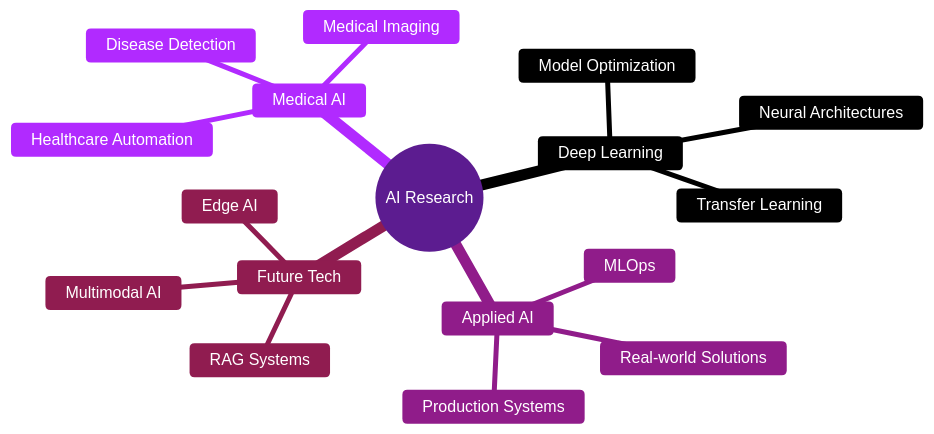
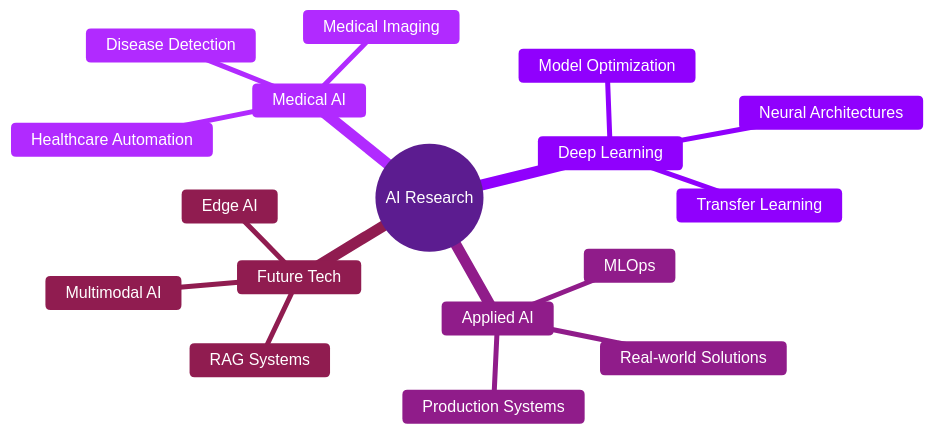
The diagram in README.md (Ycmmn/Ycmmn), drawn with Mermaid before and after one commit. The commit also changed other lines of this file, not shown here.

````diff
--- a/README.md
+++ b/README.md
@@ -173,21 +173,21 @@
 ```mermaid
-%%{init: {'theme':'base', 'themeVariables': { 'primaryColor':'#9D4EDD','primaryTextColor':'#ffffff','primaryBorderColor':'#7B2CBF','lineColor':'#C77DFF','secondaryColor':'#E0AAFF','secondaryTextColor':'#000000','secondaryBorderColor':'#C77DFF','tertiaryColor':'#10002B','tertiaryTextColor':'#ffffff','tertiaryBorderColor':'#5A189A','background':'#0d1117','mainBkg':'#E0AAFF','secondBkg':'#C77DFF','tertiaryBkg':'#9D4EDD','nodeBorder':'#7B2CBF','clusterBkg':'#10002B','clusterBorder':'#5A189A','titleColor':'#E0AAFF','edgeLabelBackground':'#10002B','nodeTextColor':'#000000'}}}%%
+%%{init: {'theme':'base', 'themeVariables': { 'primaryColor':'#9D4EDD','primaryTextColor':'#ffffff','primaryBorderColor':'#7B2CBF','lineColor':'#C77DFF','secondaryColor':'#E0AAFF','secondaryTextColor':'#000000','secondaryBorderColor':'#C77DFF','tertiaryColor':'#C77DFF','tertiaryTextColor':'#000000','tertiaryBorderColor':'#9D4EDD','background':'#0d1117','mainBkg':'#9D4EDD','secondBkg':'#E0AAFF','tertiaryBkg':'#C77DFF','nodeBorder':'#7B2CBF','clusterBkg':'#10002B','clusterBorder':'#5A189A','titleColor':'#E0AAFF','edgeLabelBackground':'#10002B','nodeTextColor':'#ffffff'}}}%%
 mindmap
   root((AI Research))
     Medical AI
       Disease Detection
       Medical Imaging
       Healthcare Automation
     Deep Learning
       Neural Architectures
       Transfer Learning
       Model Optimization
     Applied AI
       Production Systems
       MLOps
       Real-world Solutions
     Future Tech
       RAG Systems
       Multimodal AI
       Edge AI
 ```
````
